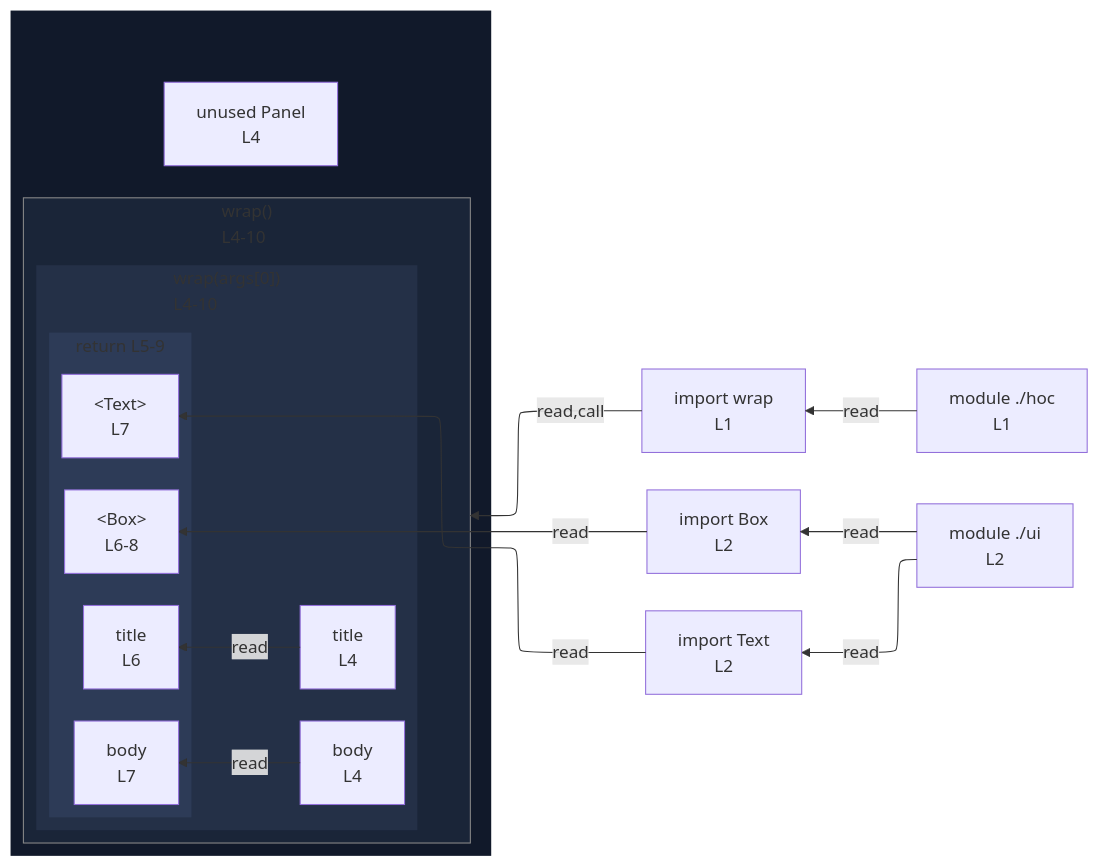
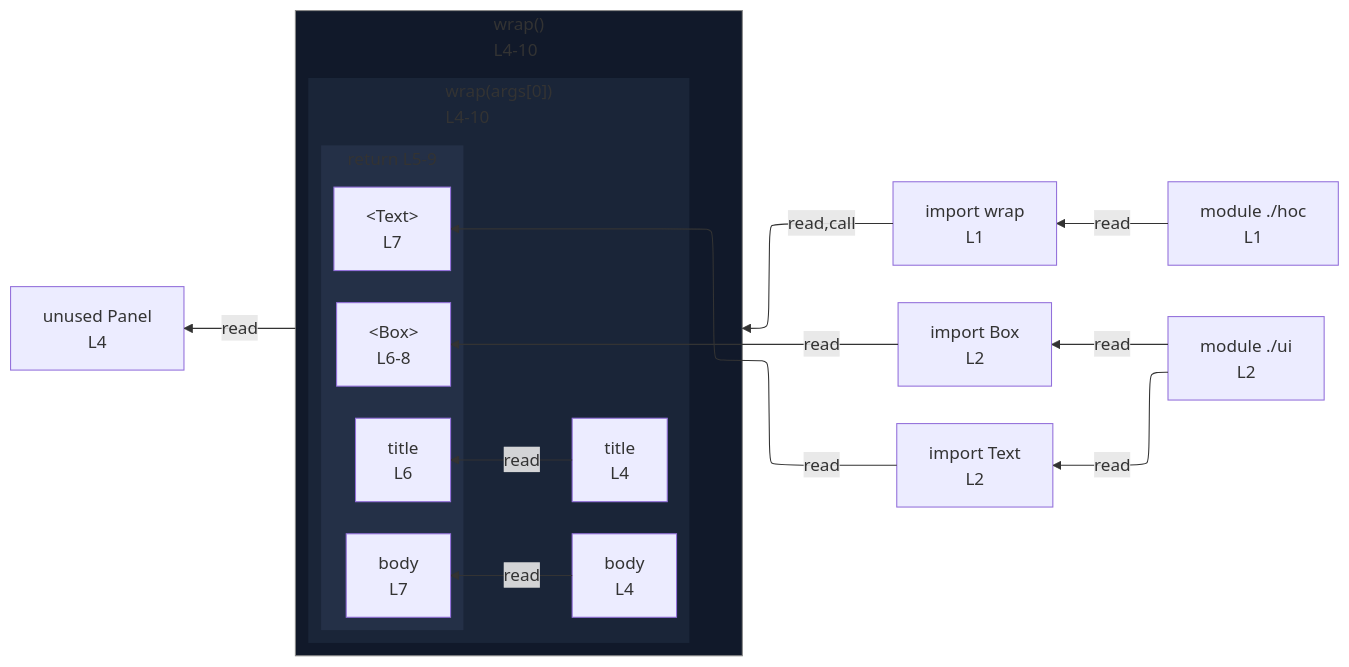
Before and after one commit to crescware/unsnarl: the diagram in integration/fixtures/jsx/call-argument-component/preview.md, drawn with Mermaid. The commit also changed 105 other files, not shown here.

````diff
--- a/integration/fixtures/jsx/call-argument-component/preview.md
+++ b/integration/fixtures/jsx/call-argument-component/preview.md
@@ -20,46 +20,42 @@
 ```mermaid
 %%{init: {"flowchart": {"defaultRenderer": "elk"}}}%%
 flowchart RL
   n_scope_0_wrap_9["import wrap<br/>L1"]
   n_scope_0_Box_39["import Box<br/>L2"]
   n_scope_0_Text_44["import Text<br/>L2"]
-  subgraph wrap_call_proxy_86[" "]
-    direction TB
-    n_scope_0_Panel_78["unused Panel<br/>L4"]
-    subgraph call_proxy_86["wrap()<br/>L4-10"]
+  n_scope_0_Panel_78["unused Panel<br/>L4"]
+  subgraph call_proxy_86["wrap()<br/>L4-10"]
+    direction RL
+    subgraph s_scope_1["wrap(args[0])<br/>L4-10"]
       direction RL
-      subgraph s_scope_1["wrap(args[0])<br/>L4-10"]
+      n_scope_1_title_92["title<br/>L4"]
+      n_scope_1_body_107["body<br/>L4"]
+      subgraph s_return_scope_1_128_202["return L5-9"]
         direction RL
-        n_scope_1_title_92["title<br/>L4"]
-        n_scope_1_body_107["body<br/>L4"]
-        subgraph s_return_scope_1_128_202["return L5-9"]
-          direction RL
-          ret_use_ref_2["&lt;Box&gt;<br/>L6-8"]
-          ret_use_ref_3["title<br/>L6"]
-          ret_use_ref_4["&lt;Text&gt;<br/>L7"]
-          ret_use_ref_5["body<br/>L7"]
-        end
+        ret_use_ref_2["&lt;Box&gt;<br/>L6-8"]
+        ret_use_ref_3["title<br/>L6"]
+        ret_use_ref_4["&lt;Text&gt;<br/>L7"]
+        ret_use_ref_5["body<br/>L7"]
       end
     end
   end
+  call_proxy_86 -->|read| n_scope_0_Panel_78
   n_scope_0_wrap_9 -->|read,call| call_proxy_86
   n_scope_0_Box_39 -->|read| ret_use_ref_2
   n_scope_1_title_92 -->|read| ret_use_ref_3
   n_scope_0_Text_44 -->|read| ret_use_ref_4
   n_scope_1_body_107 -->|read| ret_use_ref_5
   mod___hoc["module ./hoc<br/>L1"]
   mod___ui["module ./ui<br/>L2"]
   mod___hoc -->|read| n_scope_0_wrap_9
   mod___ui -->|read| n_scope_0_Box_39
   mod___ui -->|read| n_scope_0_Text_44
   classDef nestL1 fill:#11192a,stroke:transparent;
-  class wrap_call_proxy_86 nestL1;
+  class call_proxy_86 nestL1;
   classDef nestL2 fill:#1a2538,stroke:transparent;
-  class call_proxy_86 nestL2;
+  class s_scope_1 nestL2;
   classDef nestL3 fill:#243047,stroke:transparent;
-  class s_scope_1 nestL3;
-  classDef nestL4 fill:#2d3b57,stroke:transparent;
-  class s_return_scope_1_128_202 nestL4;
+  class s_return_scope_1_128_202 nestL3;
   classDef edgeTargetSubgraph stroke:#888;
   class call_proxy_86 edgeTargetSubgraph;
 ```
````
